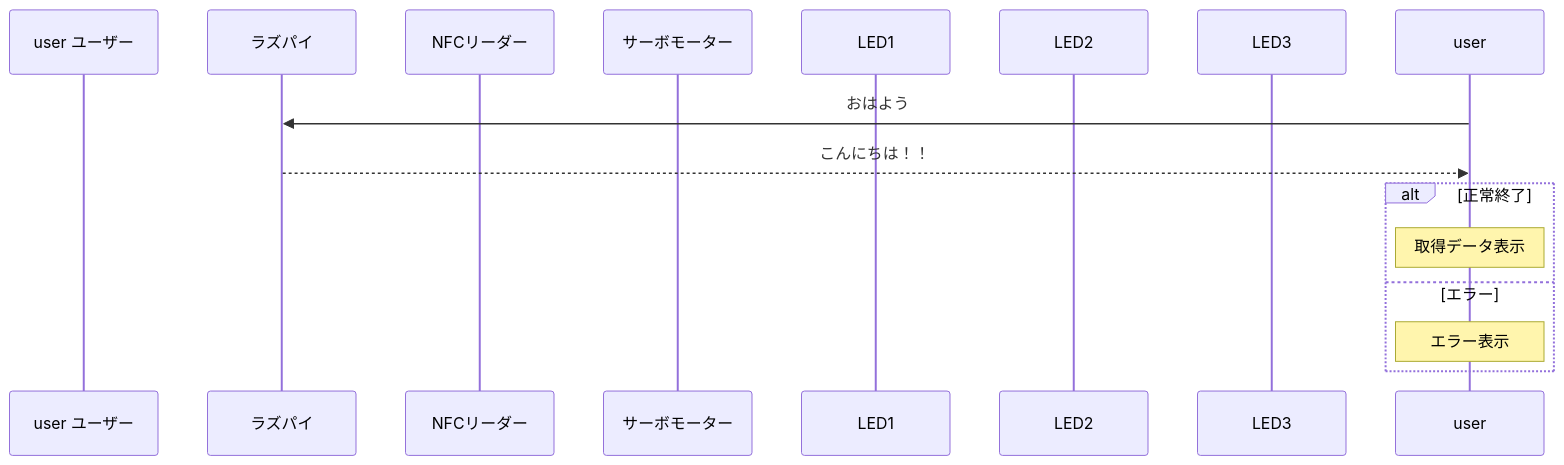
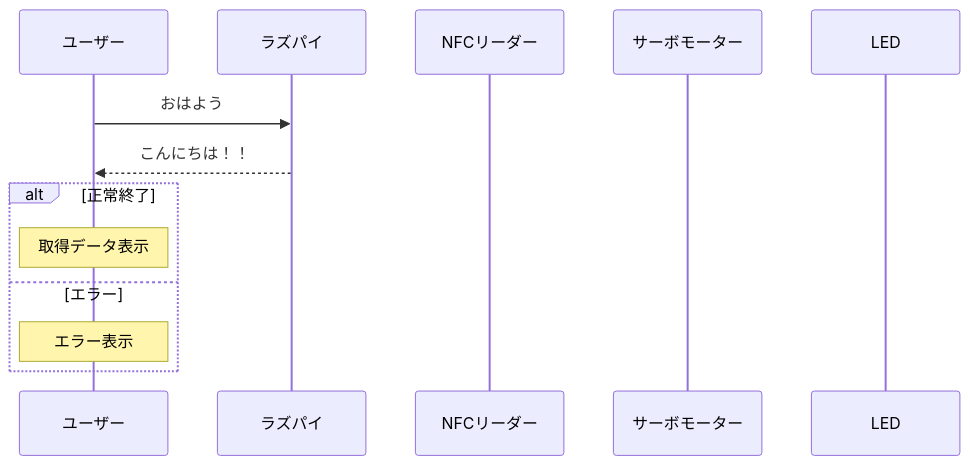
One commit to YUKI-SOKENDAI/SmartLock changed the second of 2 diagrams in memo/SystemMEMO.md. Above: the diagram before and after it, drawn with Mermaid.

````diff
--- a/memo/SystemMEMO.md
+++ b/memo/SystemMEMO.md
@@ -63,21 +63,19 @@
 ```mermaid
 sequenceDiagram
-    participant user ユーザー
+    participant user as ユーザー
     participant raspi as ラズパイ
     participant nfc as NFCリーダー
     participant servo as サーボモーター
-    participant led1 as LED1
-    participant led2 as LED2
-    participant led3 as LED3
+    participant led as LED
     
     # hoge
     user->>raspi: おはよう
     raspi-->>user: こんにちは！！
     
     # hoge
     alt 正常終了
         Note over user : 取得データ表示
     else エラー
         Note over user : エラー表示
     end
 ```
````
